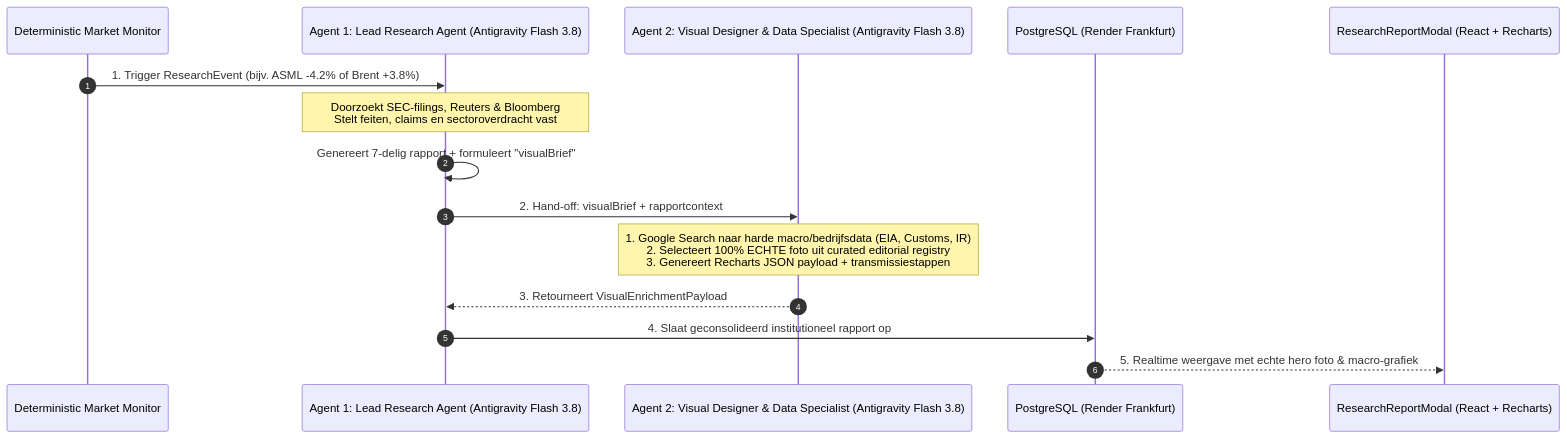
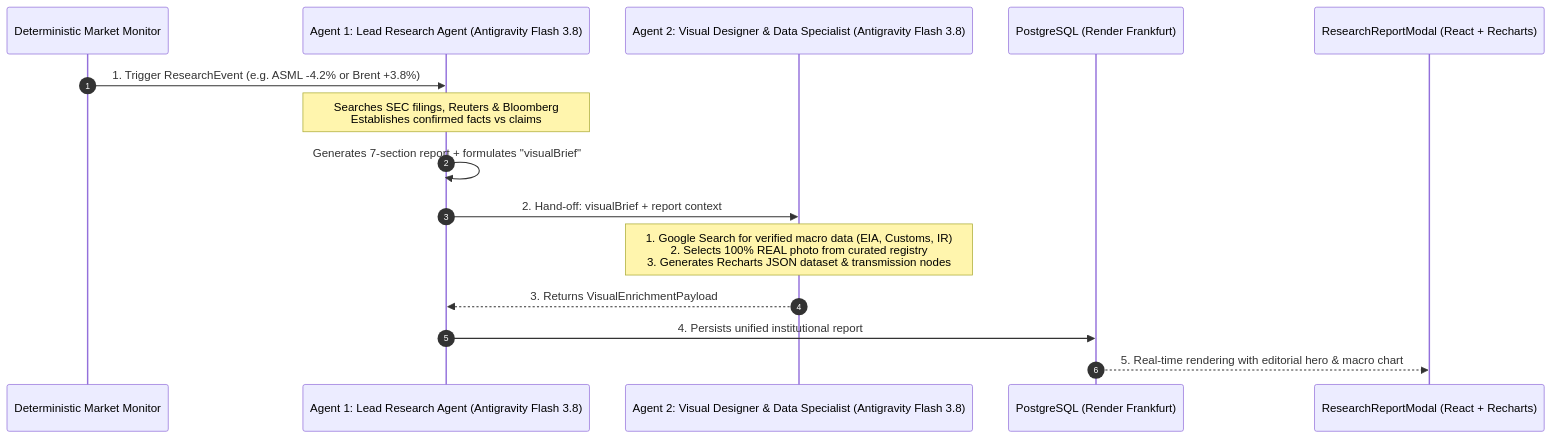
Before and after one commit to tradingcode-ai/Global-markets-app-: the diagram in agents/06_INSTITUTIONAL_RESEARCH_DESIGNER_ARCHITECTURE.md, drawn with Mermaid. The commit also changed other lines of this file and 1 other file, not shown here.

````diff
--- a/agents/06_INSTITUTIONAL_RESEARCH_DESIGNER_ARCHITECTURE.md
+++ b/agents/06_INSTITUTIONAL_RESEARCH_DESIGNER_ARCHITECTURE.md
@@ -57,20 +86,20 @@
 ```mermaid
 sequenceDiagram
     autonumber
     participant MM as Deterministic Market Monitor
     participant LRA as Agent 1: Lead Research Agent (Antigravity Flash 3.8)
     participant VDA as Agent 2: Visual Designer & Data Specialist (Antigravity Flash 3.8)
     participant DB as PostgreSQL (Render Frankfurt)
     participant UI as ResearchReportModal (React + Recharts)
 
-    MM->>LRA: 1. Trigger ResearchEvent (bijv. ASML -4.2% of Brent +3.8%)
-    Note over LRA: Doorzoekt SEC-filings, Reuters & Bloomberg<br/>Stelt feiten, claims en sectoroverdracht vast
-    LRA->>LRA: Genereert 7-delig rapport + formuleert "visualBrief"
+    MM->>LRA: 1. Trigger ResearchEvent (e.g. ASML -4.2% or Brent +3.8%)
+    Note over LRA: Searches SEC filings, Reuters & Bloomberg<br/>Establishes confirmed facts vs claims
+    LRA->>LRA: Generates 7-section report + formulates "visualBrief"
     
-    LRA->>VDA: 2. Hand-off: visualBrief + rapportcontext
-    Note over VDA: 1. Google Search naar harde macro/bedrijfsdata (EIA, Customs, IR)<br/>2. Selecteert 100% ECHTE foto uit curated editorial registry<br/>3. Genereert Recharts JSON payload + transmissiestappen
+    LRA->>VDA: 2. Hand-off: visualBrief + report context
+    Note over VDA: 1. Google Search for verified macro data (EIA, Customs, IR)<br/>2. Selects 100% REAL photo from curated registry<br/>3. Generates Recharts JSON dataset & transmission nodes
     
-    VDA-->>LRA: 3. Retourneert VisualEnrichmentPayload
-    LRA->>DB: 4. Slaat geconsolideerd institutioneel rapport op
-    DB-->>UI: 5. Realtime weergave met echte hero foto & macro-grafiek
+    VDA-->>LRA: 3. Returns VisualEnrichmentPayload
+    LRA->>DB: 4. Persists unified institutional report
+    DB-->>UI: 5. Real-time rendering with editorial hero & macro chart
 ```
````
